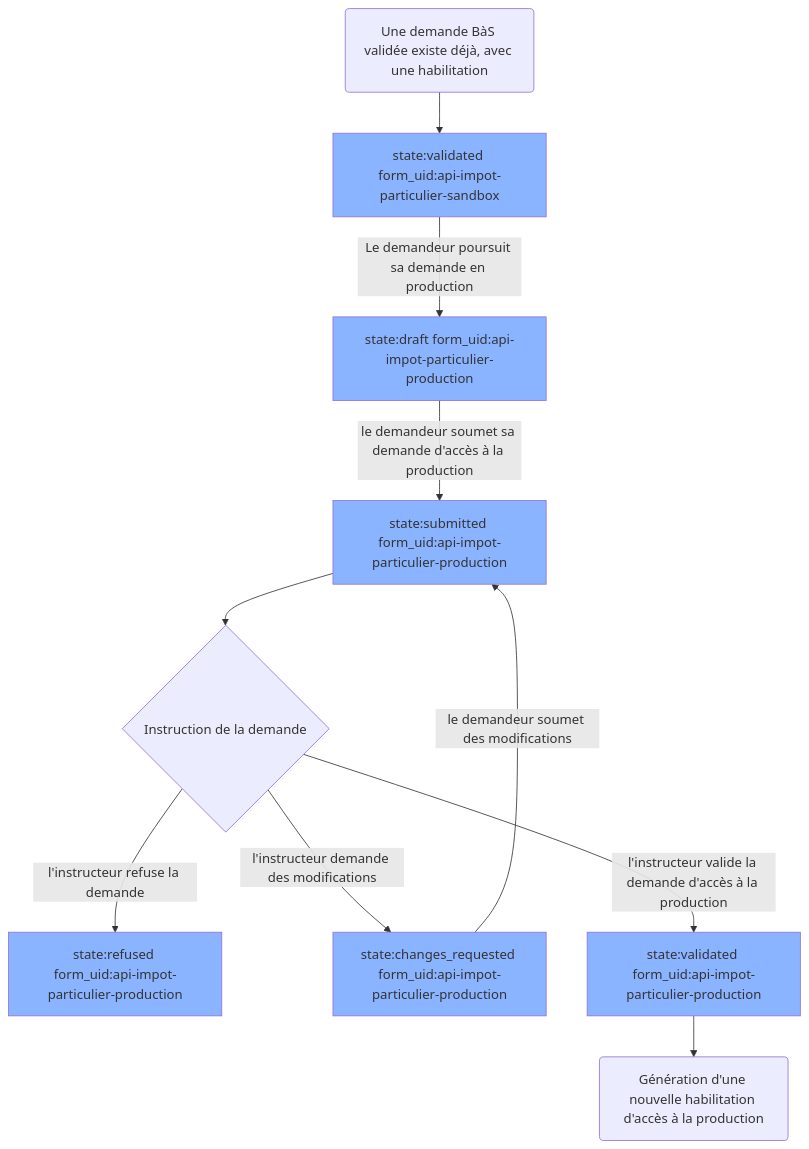
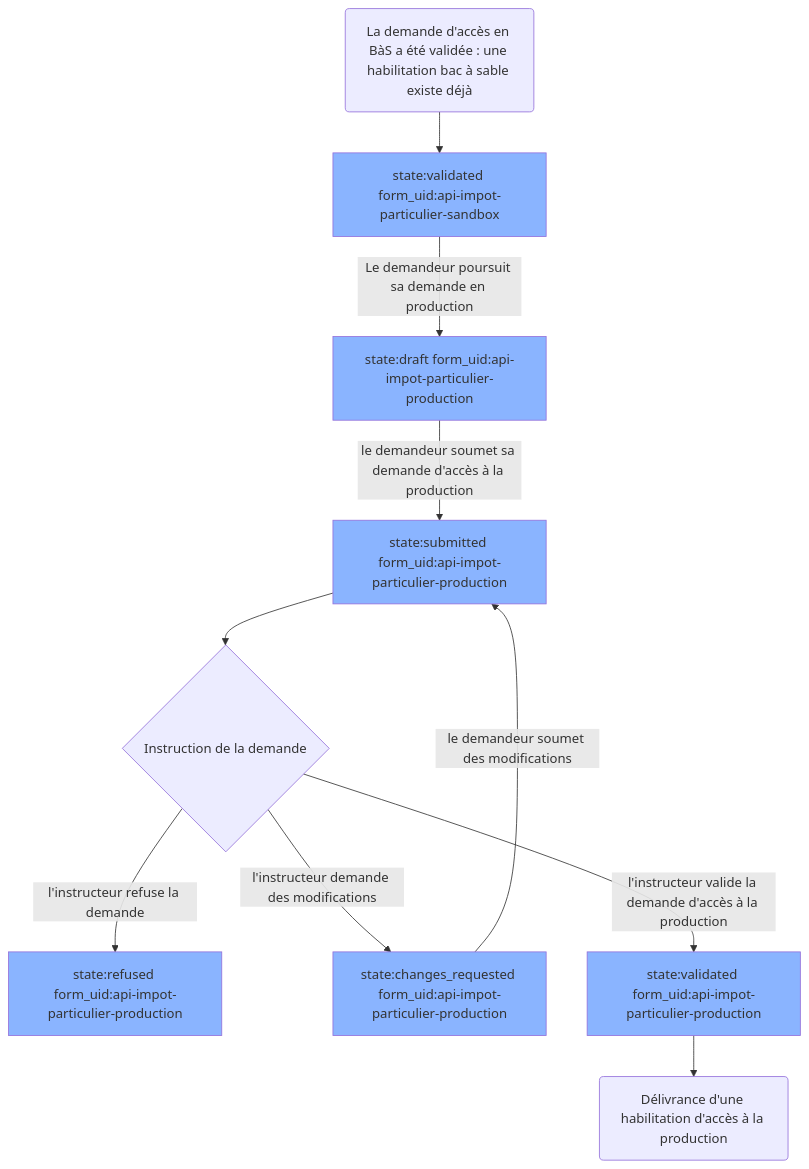
One commit to etalab/data_pass changed the diagram in docs/metier/lifecycle_documentation_with_stages.md. Above: the diagram before and after it, drawn with Mermaid. The commit also changed other lines of this file and 3 other files, not shown here.

First line of the commit message:
Aligne la documentation du cycle de vie sur demande et habilitation

````diff
--- a/docs/metier/lifecycle_documentation_with_stages.md
+++ b/docs/metier/lifecycle_documentation_with_stages.md
@@ -25,16 +25,16 @@
 ```mermaid
   flowchart TD
   classDef stateNodes fill:#8ab4ff;
   
-  0(Une demande BàS validée existe déjà, avec une habilitation) --> A0[state:validated form_uid:api-impot-particulier-sandbox]
+  0(La demande d'accès en BàS a été validée : une habilitation bac à sable existe déjà) --> A0[state:validated form_uid:api-impot-particulier-sandbox]
   A0 --> |Le demandeur poursuit sa demande en production| A[state:draft form_uid:api-impot-particulier-production]
   A -->|le demandeur soumet sa demande d'accès à la production| B[state:submitted form_uid:api-impot-particulier-production]
   B --> C{Instruction de la demande}
   C -->|l'instructeur refuse la demande| F[state:refused form_uid:api-impot-particulier-production]
   C -->|l'instructeur demande des modifications| E[state:changes_requested form_uid:api-impot-particulier-production]
-  D -->G(Génération d'une nouvelle habilitation d'accès à la production)
+  D -->G(Délivrance d'une habilitation d'accès à la production)
   E -->|le demandeur soumet des modifications|B
   C -->|l'instructeur valide la demande d'accès à la production| D[state:validated form_uid:api-impot-particulier-production]
 
   class A0,A,B,D,E,F stateNodes;
 ```
````
